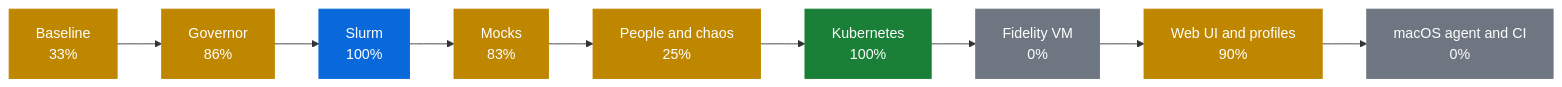
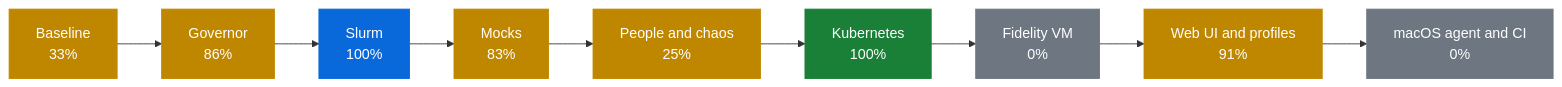
The first of 2 diagrams in docs/PROGRESS.md (AhmedYousriSobhi/workbench), drawn with Mermaid before and after one commit. The commit also changed other lines of this file and 13 other files, not shown here.

````diff
--- a/docs/PROGRESS.md
+++ b/docs/PROGRESS.md
@@ -10,17 +10,17 @@
 ```mermaid
 flowchart LR
     p0["Baseline<br/>33%"]:::partial
     p1["Governor<br/>86%"]:::partial
     p2["Slurm<br/>100%"]:::review
     p3["Mocks<br/>83%"]:::partial
     p4["People and chaos<br/>25%"]:::partial
     p5["Kubernetes<br/>100%"]:::done
     p6["Fidelity VM<br/>0%"]:::todo
-    p7["Web UI and profiles<br/>90%"]:::partial
+    p7["Web UI and profiles<br/>91%"]:::partial
     p8["macOS agent and CI<br/>0%"]:::todo
     p0 --> p1 --> p2 --> p3 --> p4 --> p5 --> p6 --> p7 --> p8
     classDef done fill:#1a7f37,stroke:#1a7f37,color:#fff
     classDef review fill:#0969da,stroke:#0969da,color:#fff
     classDef partial fill:#bf8700,stroke:#bf8700,color:#fff
     classDef todo fill:#6e7781,stroke:#6e7781,color:#fff
 ```
````
